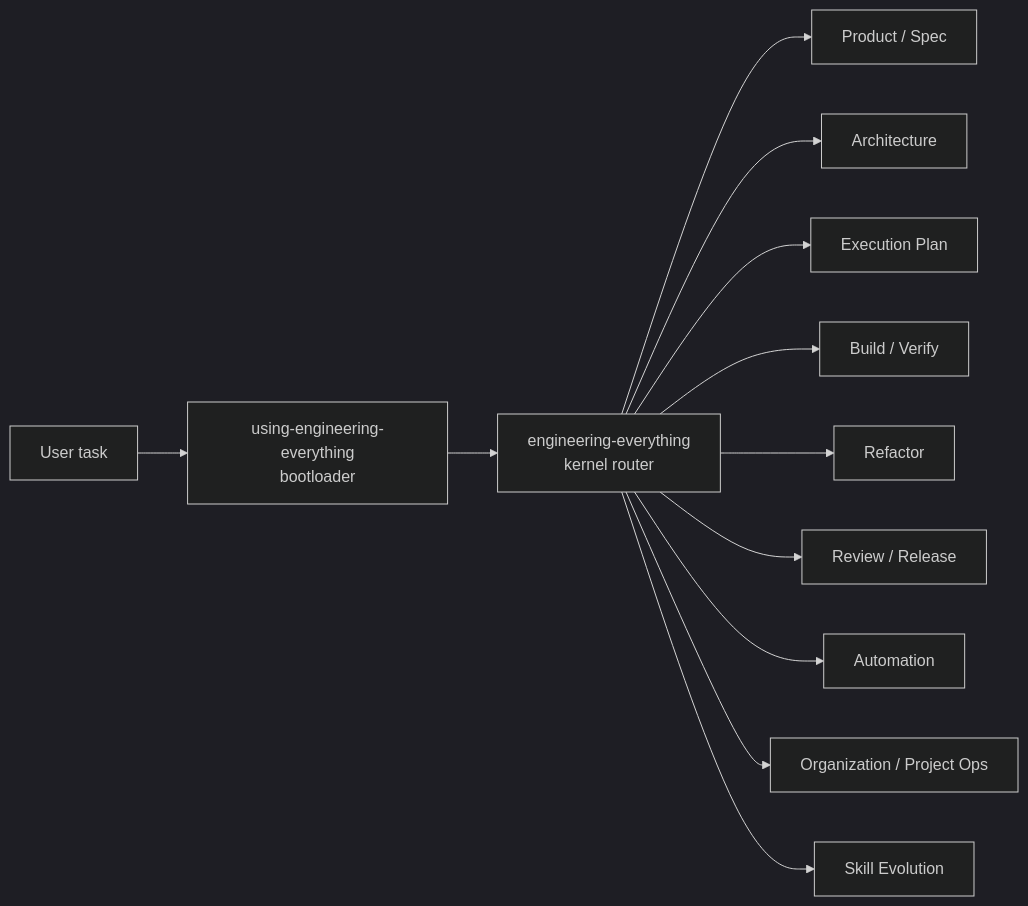
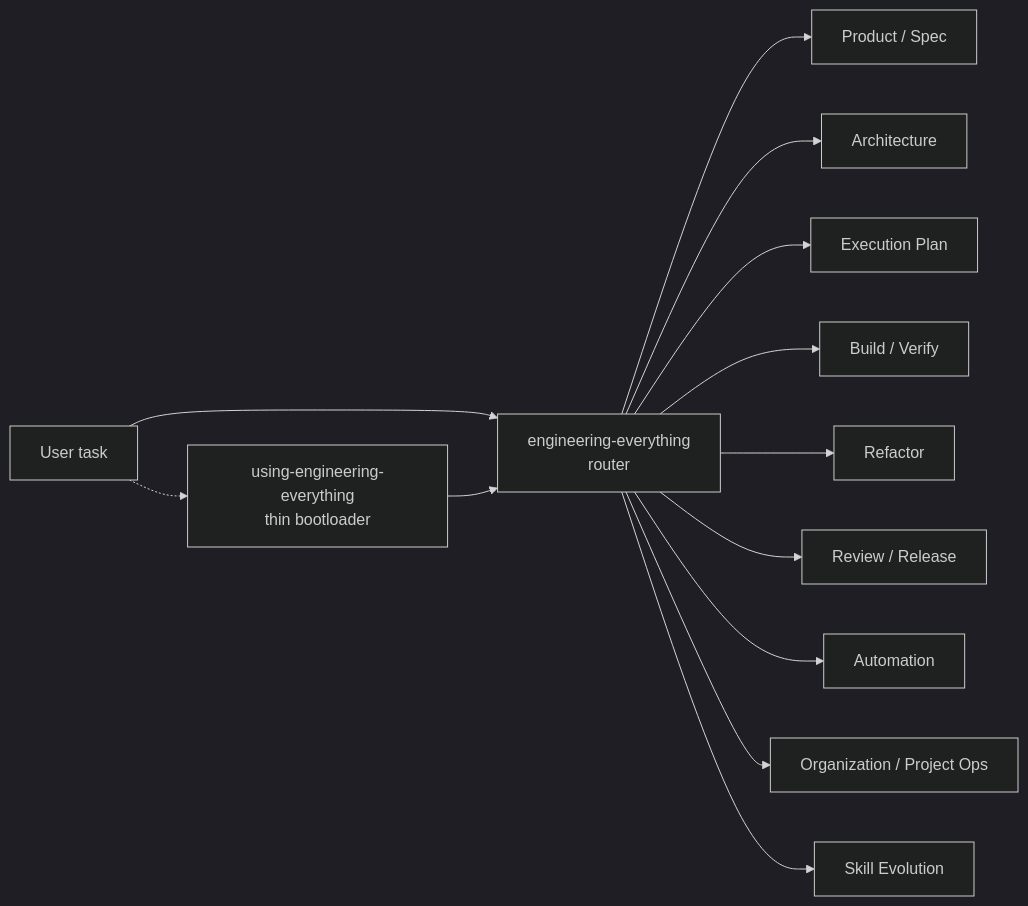
Before and after one commit to HaodiFan/engineering-everything: the diagram in README.md, drawn with Mermaid (dark theme). The commit also changed other lines of this file and 78 other files, not shown here.

````diff
--- a/README.md
+++ b/README.md
@@ -47,14 +47,15 @@
 ```mermaid
 flowchart LR
-  A["User task"] --> B["using-engineering-everything<br/>bootloader"]
-  B --> C["engineering-everything<br/>kernel router"]
+  A["User task"] -.-> B["using-engineering-everything<br/>thin bootloader"]
+  A --> C["engineering-everything<br/>router"]
+  B --> C
   C --> D["Product / Spec"]
   C --> E["Architecture"]
   C --> F["Execution Plan"]
   C --> G["Build / Verify"]
   C --> H["Refactor"]
   C --> I["Review / Release"]
   C --> J["Automation"]
   C --> K["Organization / Project Ops"]
   C --> L["Skill Evolution"]
 ```
````
